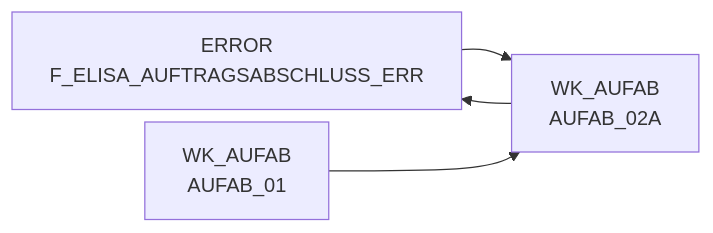
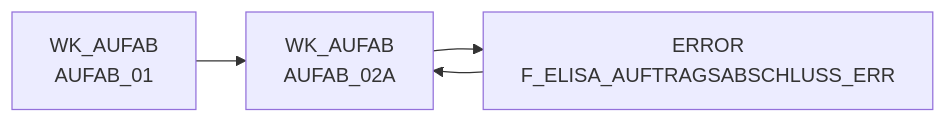
Before and after one commit to integration-factory-de/sas_code_docs: the diagram in docs/Tables/WK_AUFAB/AUFAB_02A.md, drawn with Mermaid. The commit also changed other lines of this file and 129 other files, not shown here.

````diff
--- a/docs/Tables/WK_AUFAB/AUFAB_02A.md
+++ b/docs/Tables/WK_AUFAB/AUFAB_02A.md
@@ -9,15 +15,15 @@
 ```mermaid
 %%{init: {'flowchart': { 'nodeSpacing': 10, 'rankSpacing': 40, 'rankdir': 'TB' }}}%%
 
 flowchart LR
 
+  WK_AUFAB.AUFAB_02A["WK_AUFAB<br/>AUFAB_02A"] --> ERROR.F_ELISA_AUFTRAGSABSCHLUSS_ERR["ERROR<br/>F_ELISA_AUFTRAGSABSCHLUSS_ERR"]
   ERROR.F_ELISA_AUFTRAGSABSCHLUSS_ERR["ERROR<br/>F_ELISA_AUFTRAGSABSCHLUSS_ERR"] --> WK_AUFAB.AUFAB_02A["WK_AUFAB<br/>AUFAB_02A"]
-  WK_AUFAB.AUFAB_02A["WK_AUFAB<br/>AUFAB_02A"] --> ERROR.F_ELISA_AUFTRAGSABSCHLUSS_ERR["ERROR<br/>F_ELISA_AUFTRAGSABSCHLUSS_ERR"]
   WK_AUFAB.AUFAB_01["WK_AUFAB<br/>AUFAB_01"] --> WK_AUFAB.AUFAB_02A["WK_AUFAB<br/>AUFAB_02A"]
+  click WK_AUFAB.AUFAB_02A "../../tables/WK_AUFAB/AUFAB_02A"
+  click ERROR.F_ELISA_AUFTRAGSABSCHLUSS_ERR "../../tables/ERROR/F_ELISA_AUFTRAGSABSCHLUSS_ERR"
+  click WK_AUFAB.AUFAB_01 "../../tables/WK_AUFAB/AUFAB_01"
   click ERROR.F_ELISA_AUFTRAGSABSCHLUSS_ERR "../../tables/ERROR/F_ELISA_AUFTRAGSABSCHLUSS_ERR"
   click WK_AUFAB.AUFAB_02A "../../tables/WK_AUFAB/AUFAB_02A"
-  click WK_AUFAB.AUFAB_01 "../../tables/WK_AUFAB/AUFAB_01"
-  click WK_AUFAB.AUFAB_02A "../../tables/WK_AUFAB/AUFAB_02A"
-  click ERROR.F_ELISA_AUFTRAGSABSCHLUSS_ERR "../../tables/ERROR/F_ELISA_AUFTRAGSABSCHLUSS_ERR"
   click WK_AUFAB.AUFAB_02A "../../tables/WK_AUFAB/AUFAB_02A"
 ```
````
